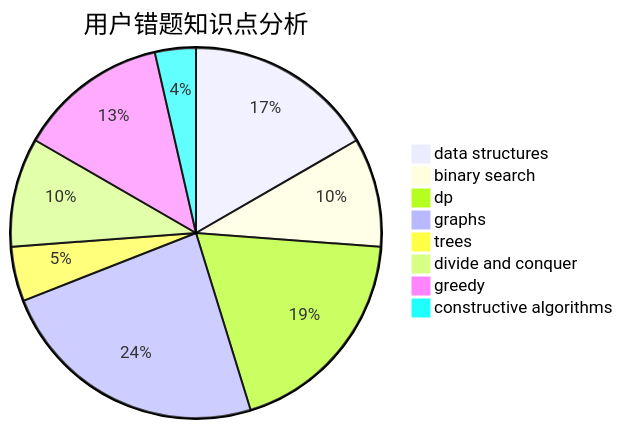
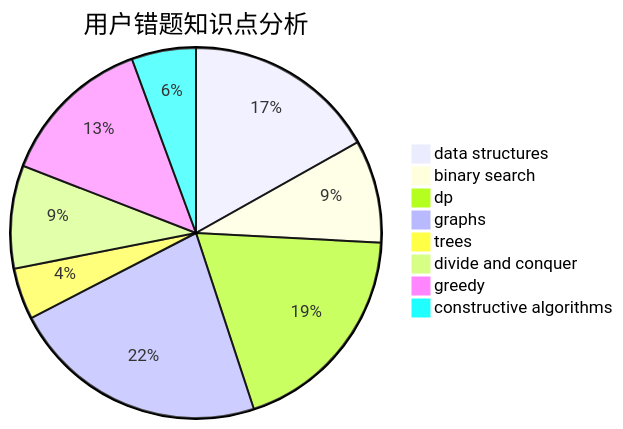
The third of 3 diagrams in docs/user/u451.md (sherpahu/cfrs.github.io), drawn with Mermaid before and after one commit. The commit also changed other lines of this file and 2770 other files, not shown here.

````diff
--- a/docs/user/u451.md
+++ b/docs/user/u451.md
@@ -36,11 +36,11 @@
 ```mermaid
 pie title 用户错题知识点分析
-    "data structures" :  14
+    "data structures" :  15
     "binary search" :  8
-    "dp" :  16
+    "dp" :  17
     "graphs" :  20
     "trees" :  4
     "divide and conquer" :  8
-    "greedy" :  11
-    "constructive algorithms" :  3
+    "greedy" :  12
+    "constructive algorithms" :  5
 ```
````
